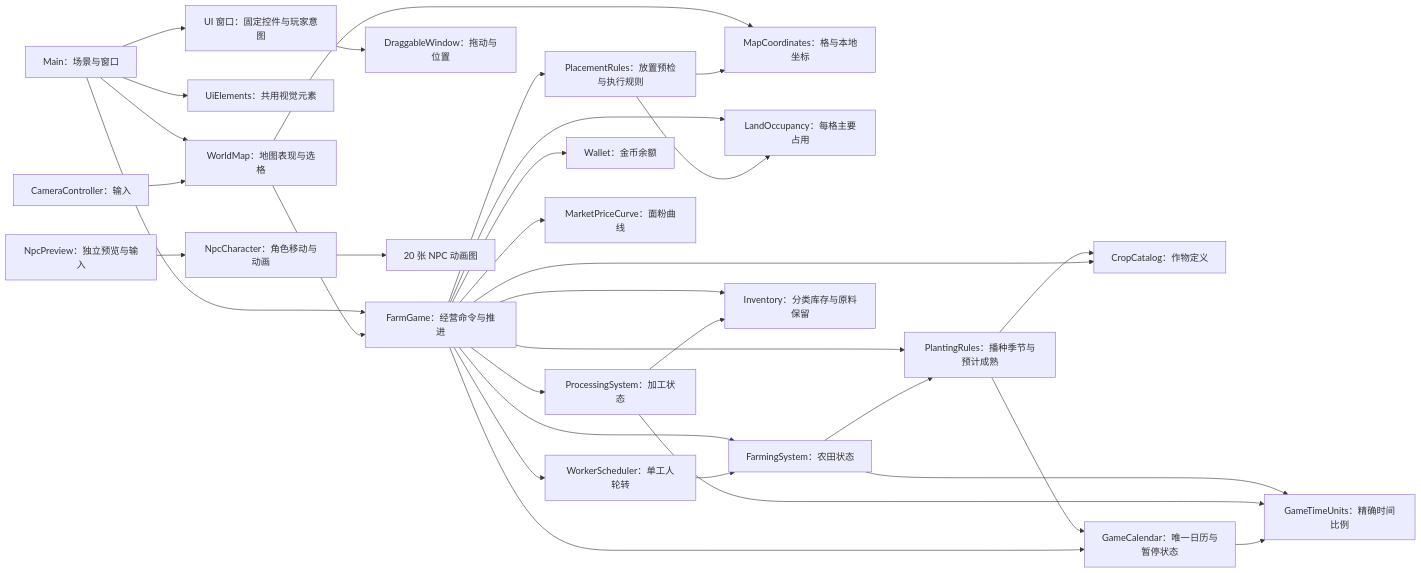
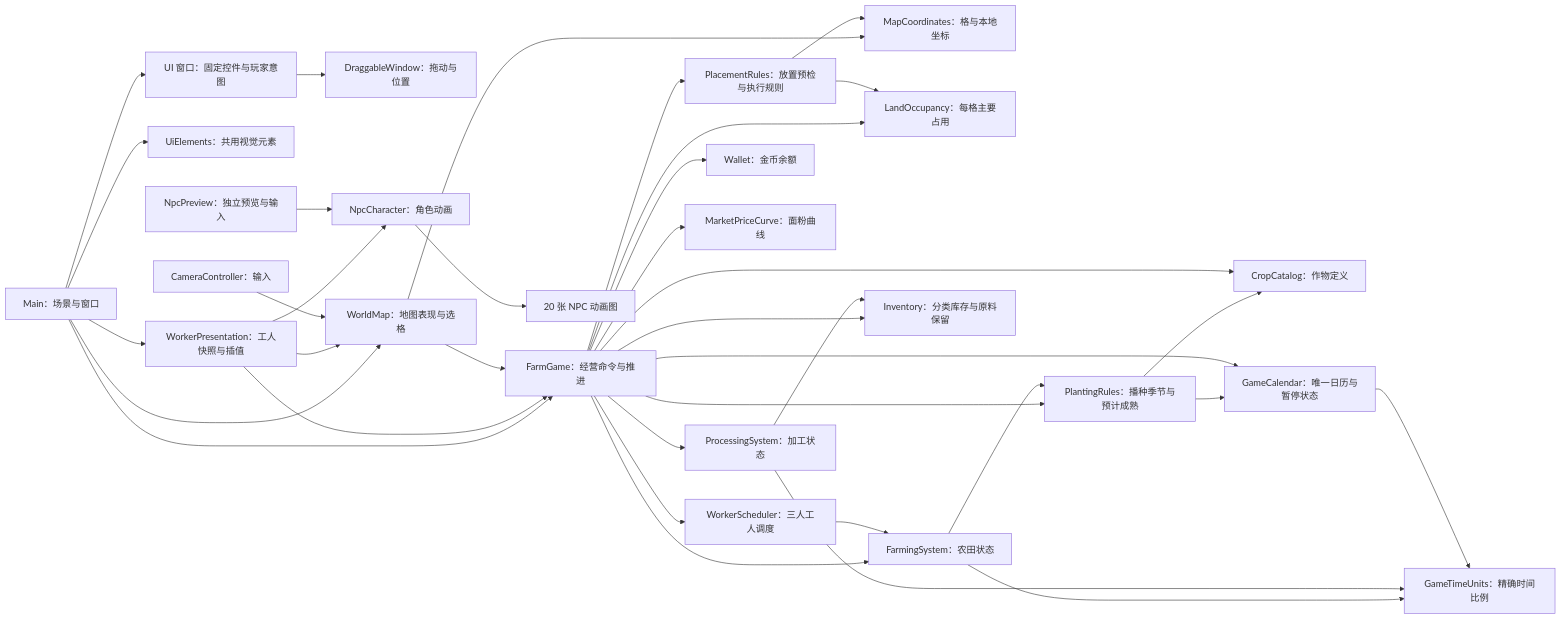
One commit to Fotally/Farm-Exchange changed the diagram in docs/architecture/implementation-system-organization.md. Above: the diagram before and after it, drawn with Mermaid. The commit also changed other lines of this file and 44 other files, not shown here.

````diff
--- a/docs/architecture/implementation-system-organization.md
+++ b/docs/architecture/implementation-system-organization.md
@@ -5,34 +5,38 @@
 ```mermaid
 flowchart LR
     Main[Main：场景与窗口] --> FarmGame[FarmGame：经营命令与推进]
     Main --> UiWindows[UI 窗口：固定控件与玩家意图]
     UiWindows --> DragWindow[DraggableWindow：拖动与位置]
     Main --> UiStyle[UiElements：共用视觉元素]
     Main --> WorldMap[WorldMap：地图表现与选格]
+    Main --> WorkerPresentation[WorkerPresentation：工人快照与插值]
+    WorkerPresentation --> FarmGame
+    WorkerPresentation --> WorldMap
+    WorkerPresentation --> NpcCharacter[NpcCharacter：角色动画]
     Camera[CameraController：输入] --> WorldMap
     WorldMap --> MapCoordinates[MapCoordinates：格与本地坐标]
     WorldMap --> FarmGame
     FarmGame --> LandOccupancy[LandOccupancy：每格主要占用]
     FarmGame --> PlacementRules[PlacementRules：放置预检与执行规则]
     PlacementRules --> LandOccupancy
     PlacementRules --> MapCoordinates
     FarmGame --> FarmingSystem[FarmingSystem：农田状态]
     FarmGame --> PlantingRules[PlantingRules：播种季节与预计成熟]
     FarmGame --> ProcessingSystem[ProcessingSystem：加工状态]
-    FarmGame --> WorkerScheduler[WorkerScheduler：单工人轮转]
+    FarmGame --> WorkerScheduler[WorkerScheduler：三人工人调度]
     WorkerScheduler --> FarmingSystem
     FarmingSystem --> PlantingRules
     PlantingRules --> CropCatalog
     PlantingRules --> GameCalendar
     FarmGame --> CropCatalog[CropCatalog：作物定义]
     FarmGame --> Inventory[Inventory：分类库存与原料保留]
     ProcessingSystem --> Inventory
     FarmGame --> Wallet[Wallet：金币余额]
     FarmGame --> Market[MarketPriceCurve：面粉曲线]
     FarmGame --> GameCalendar[GameCalendar：唯一日历与暂停状态]
     FarmingSystem --> GameTimeUnits[GameTimeUnits：精确时间比例]
     ProcessingSystem --> GameTimeUnits
     GameCalendar --> GameTimeUnits
-    NpcPreview[NpcPreview：独立预览与输入] --> NpcCharacter[NpcCharacter：角色移动与动画]
+    NpcPreview[NpcPreview：独立预览与输入] --> NpcCharacter
     NpcCharacter --> NpcSheets[20 张 NPC 动画图]
 ```
````
